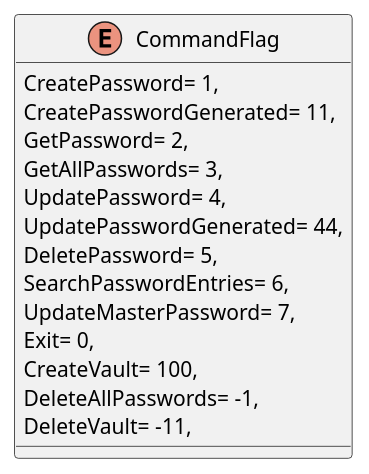
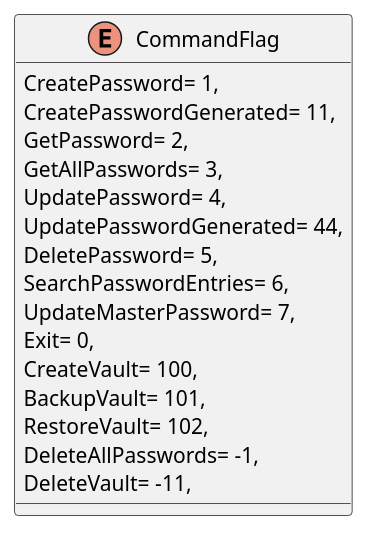
One commit to BeierKevin/KeyVaultCLI changed the diagram in uml/src/KeyVaultCli.Application/Common/Constants/CommandFlag.puml. Above: the diagram before and after it, drawn with PlantUML. The commit also changed 9 other files, not shown here.

```diff
--- a/uml/src/KeyVaultCli.Application/Common/Constants/CommandFlag.puml
+++ b/uml/src/KeyVaultCli.Application/Common/Constants/CommandFlag.puml
@@ -1,17 +1,19 @@
 @startuml
 enum CommandFlag {
     CreatePassword= 1,
     CreatePasswordGenerated= 11,
     GetPassword= 2,
     GetAllPasswords= 3,
     UpdatePassword= 4,
     UpdatePasswordGenerated= 44,
     DeletePassword= 5,
     SearchPasswordEntries= 6,
     UpdateMasterPassword= 7,
     Exit= 0,
     CreateVault= 100,
+    BackupVault= 101,
+    RestoreVault= 102,
     DeleteAllPasswords= -1,
     DeleteVault= -11,
 }
 @enduml
```
